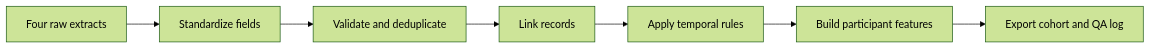
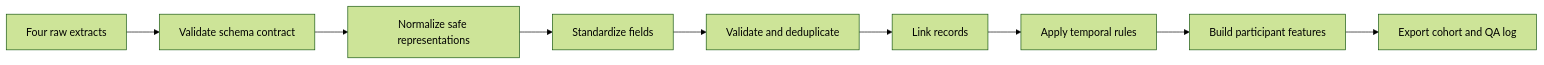
One commit to mjeans/administrative-data-pipeline changed the diagram in README.md. Above: the diagram before and after it, drawn with Mermaid (forest theme). The commit also changed other lines of this file and 5 other files, not shown here.

First line of the commit message:
Add schema-drift guardrails and recovery tests (#4)

```diff
--- a/README.md
+++ b/README.md
@@ -20,9 +21,11 @@
 ~~~mermaid
 flowchart LR
-    A["Four raw extracts"] --> B["Standardize fields"]
-    B --> C["Validate and deduplicate"]
-    C --> D["Link records"]
-    D --> E["Apply temporal rules"]
-    E --> F["Build participant features"]
-    F --> G["Export cohort and QA log"]
+    A["Four raw extracts"] --> B["Validate schema contract"]
+    B --> C["Normalize safe representations"]
+    C --> D["Standardize fields"]
+    D --> E["Validate and deduplicate"]
+    E --> F["Link records"]
+    F --> G["Apply temporal rules"]
+    G --> H["Build participant features"]
+    H --> I["Export cohort and QA log"]
 ~~~
```
